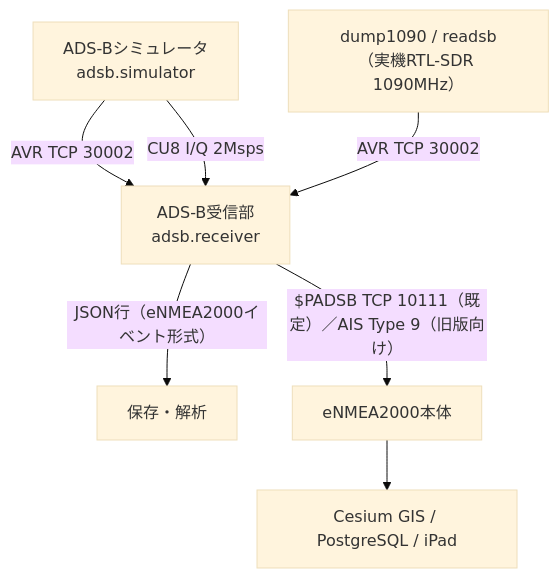
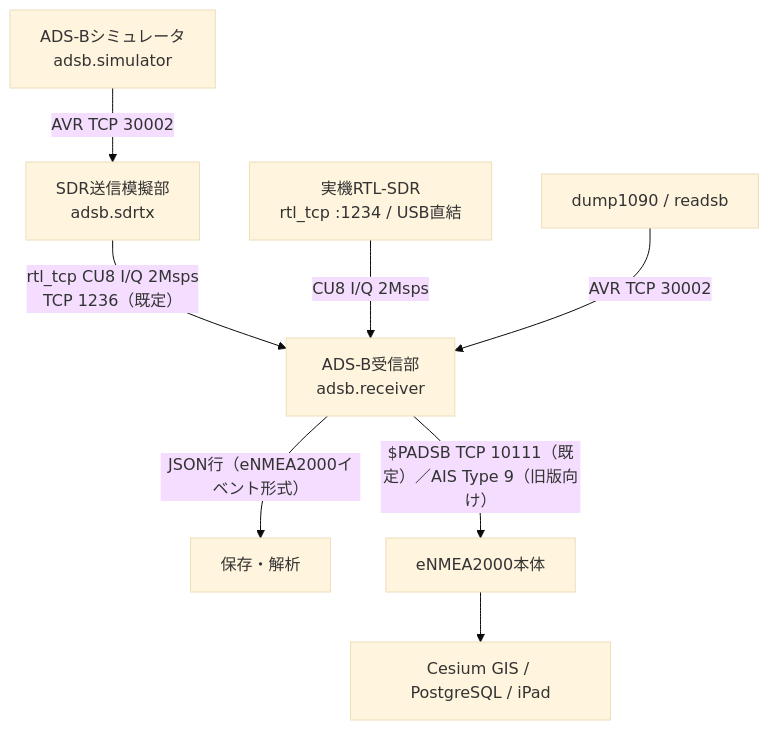
One commit to UeEmon/eADS-B2000 changed the diagram in docs/ADSB_DESIGN.md. Above: the diagram before and after it, drawn with Mermaid (base theme). The commit also changed other lines of this file and 9 other files, not shown here.

First line of the commit message:
Add SDR transmit emulator and real RTL-SDR inputs

````diff
--- a/docs/ADSB_DESIGN.md
+++ b/docs/ADSB_DESIGN.md
@@ -29,9 +29,10 @@
 ```mermaid
 flowchart TD
- S["ADS-Bシミュレータ<br/>adsb.simulator"] -->|AVR TCP 30002| R["ADS-B受信部<br/>adsb.receiver"]
- S -->|CU8 I/Q 2Msps| R
- D["dump1090 / readsb<br/>（実機RTL-SDR 1090MHz）"] -->|AVR TCP 30002| R
+ S["ADS-Bシミュレータ<br/>adsb.simulator"] -->|AVR TCP 30002| T["SDR送信模擬部<br/>adsb.sdrtx"]
+ T -->|rtl_tcp CU8 I/Q 2Msps<br/>TCP 1236（既定）| R["ADS-B受信部<br/>adsb.receiver"]
+ U["実機RTL-SDR<br/>rtl_tcp :1234 / USB直結"] -->|CU8 I/Q 2Msps| R
+ D["dump1090 / readsb"] -->|AVR TCP 30002| R
  R -->|JSON行（eNMEA2000イベント形式）| J["保存・解析"]
  R -->|$PADSB TCP 10111（既定）／AIS Type 9（旧版向け）| A["eNMEA2000本体"]
  A --> G["Cesium GIS / PostgreSQL / iPad"]
 ```
````
